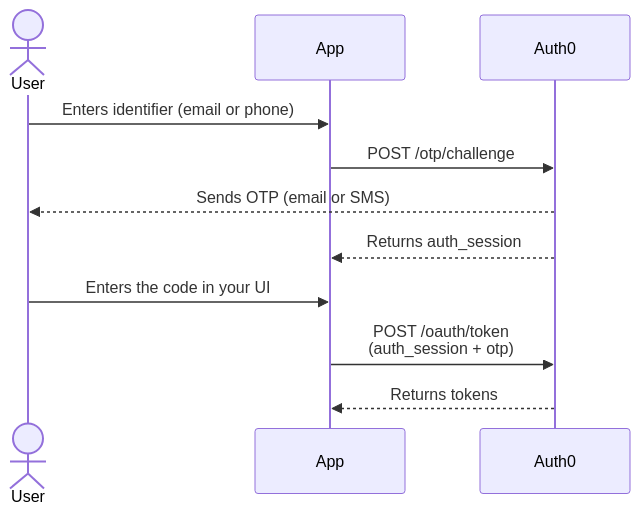
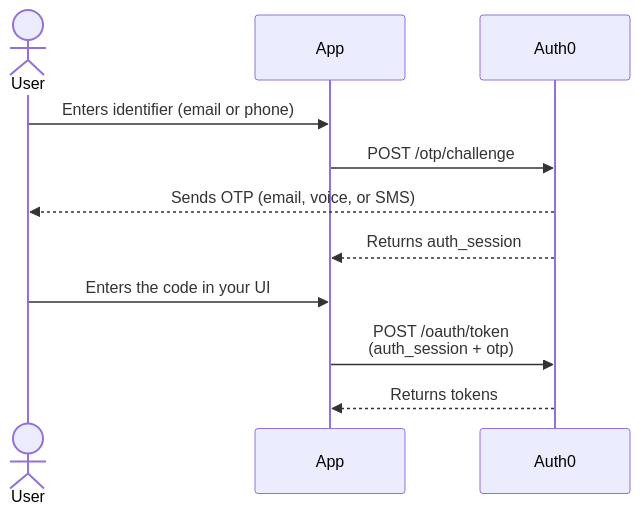
One commit to auth0/docs-v2 changed the diagram in main/docs/authenticate/database-connections/auth-api-passwordless-db-connections.mdx. Above: the diagram before and after it, drawn with Mermaid. The commit also changed other lines of this file, not shown here.

````diff
--- a/main/docs/authenticate/database-connections/auth-api-passwordless-db-connections.mdx
+++ b/main/docs/authenticate/database-connections/auth-api-passwordless-db-connections.mdx
@@ -31,20 +30,20 @@
 ```mermaid
 ---
 config:
   themeVariables:
     messageFontFamily: "Fira Code, Monaco, monospace"
     actorFontFamily: "Fira Code, Monaco, monospace"
 ---
 sequenceDiagram
     actor User
     participant App
     participant Auth0
 
     User->>App: Enters identifier (email or phone)
     App->>Auth0: POST /otp/challenge
-    Auth0-->>User: Sends OTP (email or SMS)
+    Auth0-->>User: Sends OTP (email, voice, or SMS)
     Auth0-->>App: Returns auth_session
     User->>App: Enters the code in your UI
     App->>Auth0: POST /oauth/token<br/>(auth_session + otp)
     Auth0-->>App: Returns tokens
 ```
````
